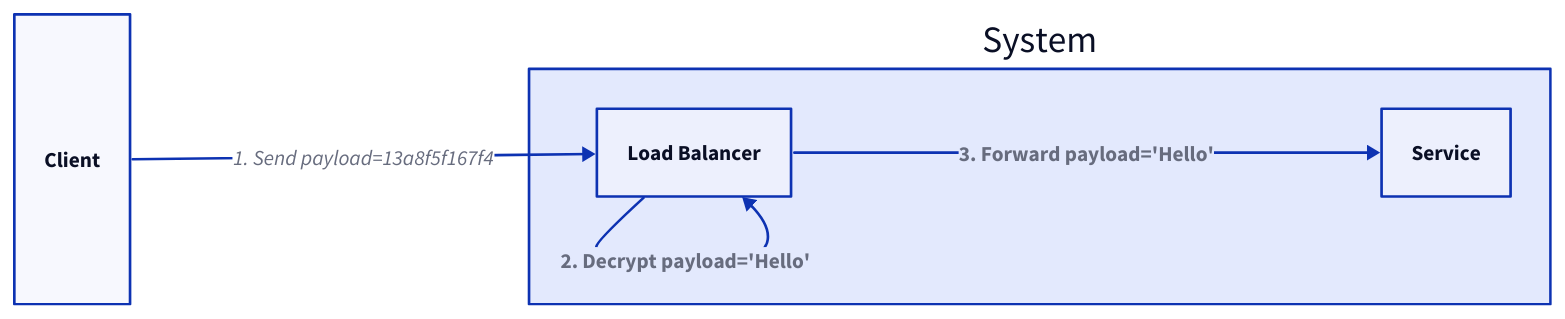
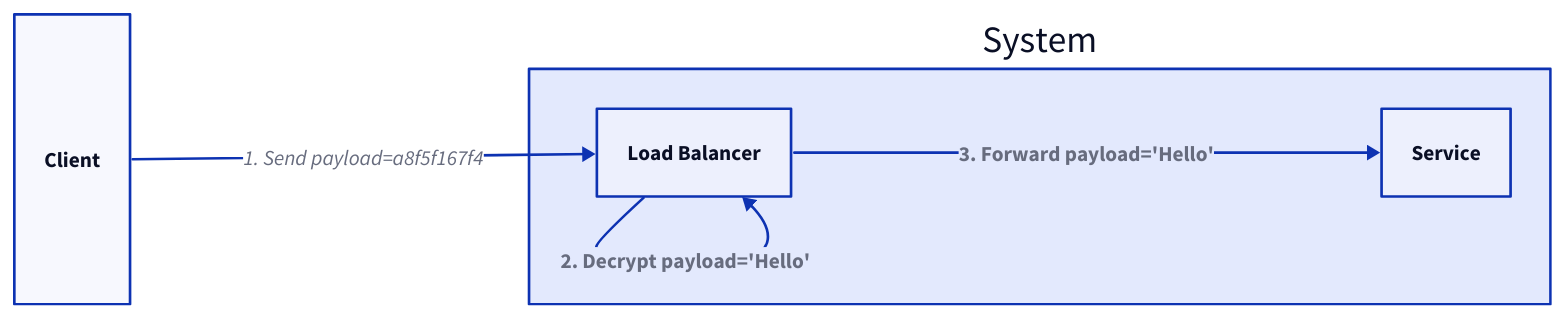
Diagram 16 of 20 in content/docs/web-service/load-balancer.md (link1905/system-design-101), drawn with D2 before and after one commit. The commit also changed other lines of this file and 10 other files, not shown here.

````diff
--- a/content/docs/web-service/load-balancer.md
+++ b/content/docs/web-service/load-balancer.md
@@ -539,23 +554,23 @@
 ```d2
 grid-rows: 1
 horizontal-gap: 300
 c: Client {
   class: client
 }
 s: System {
     direction: right
     lb: Load Balancer {
         class: lb
     }
     sv: Service {
         class: server
     }
     lb -> lb: "2. Decrypt payload='Hello'"{
       style.bold: true
     }
     lb -> sv: "3. Forward payload='Hello'" {
       style.bold: true
     }
 }
-c -> s.lb: 1. Send payload=13a8f5f167f4
+c -> s.lb: 1. Send payload=a8f5f167f4
 ```
````
